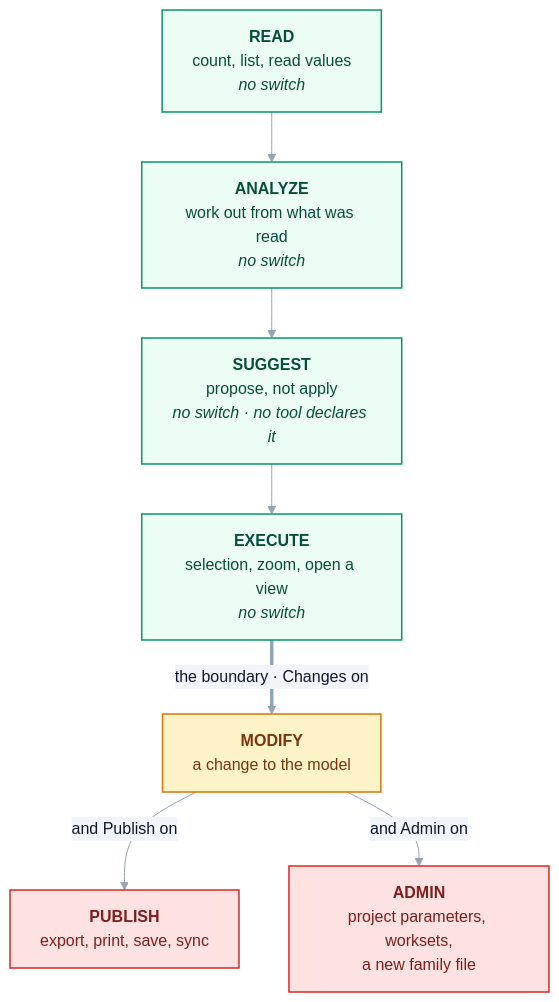
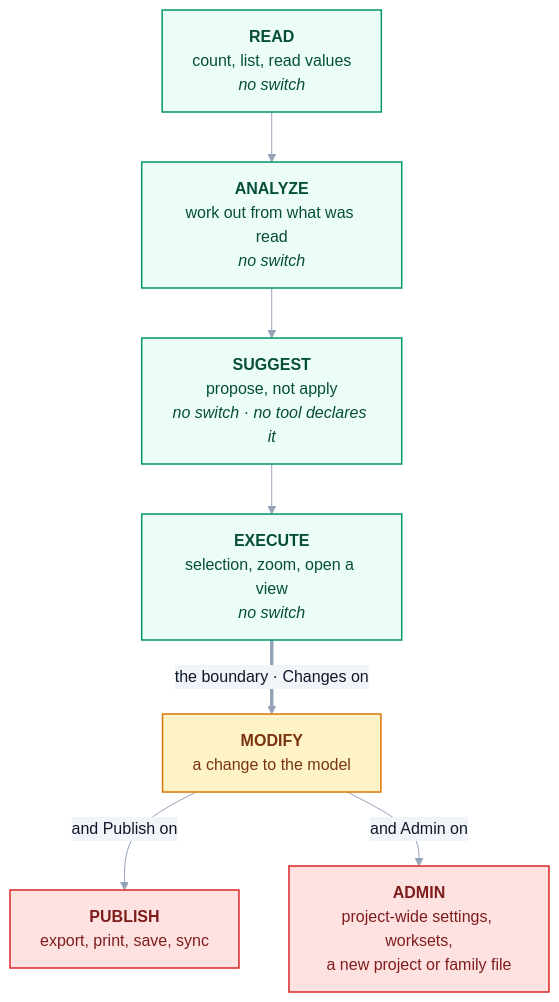
The first of 2 diagrams in docs/12-security-and-permissions.md (Ajmalpshaik/Heron-AI), drawn with Mermaid before and after one commit. The commit also changed other lines of this file and 133 other files, not shown here.

````diff
--- a/docs/12-security-and-permissions.md
+++ b/docs/12-security-and-permissions.md
@@ -66,23 +69,23 @@
 ```mermaid
 %%{init: {"themeVariables": {"edgeLabelBackground":"#F1F5F9","lineColor":"#94A3B8","textColor":"#0F172A","tertiaryTextColor":"#0F172A"}}}%%
 flowchart TD
     R["<b>READ</b><br/>count, list, read values<br/><i>no switch</i>"]
     A["<b>ANALYZE</b><br/>work out from what was read<br/><i>no switch</i>"]
     S["<b>SUGGEST</b><br/>propose, not apply<br/><i>no switch · no tool declares it</i>"]
     E["<b>EXECUTE</b><br/>selection, zoom, open a view<br/><i>no switch</i>"]
     M["<b>MODIFY</b><br/>a change to the model"]
     P["<b>PUBLISH</b><br/>export, print, save, sync"]
-    AD["<b>ADMIN</b><br/>project parameters, worksets,<br/>a new family file"]
+    AD["<b>ADMIN</b><br/>project-wide settings, worksets,<br/>a new project or family file"]
 
     R --> A --> S --> E
     E ==>|"the boundary · Changes on"| M
     M -->|"and Publish on"| P
     M -->|"and Admin on"| AD
 
     classDef brain fill:#ECFDF5,stroke:#059669,stroke-width:1.5px,color:#064E3B
     classDef addin fill:#FEF3C7,stroke:#D97706,stroke-width:1.5px,color:#78350F
     classDef revit fill:#FEE2E2,stroke:#DC2626,stroke-width:1.5px,color:#7F1D1D
     class R,A,S,E brain
     class M addin
     class P,AD revit
 ```
````
